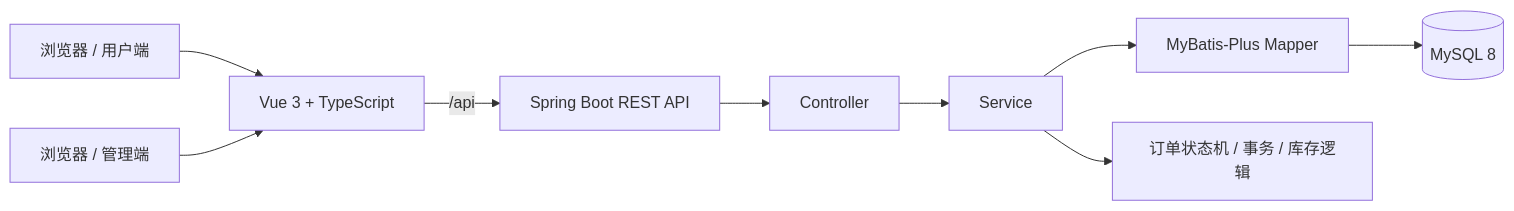
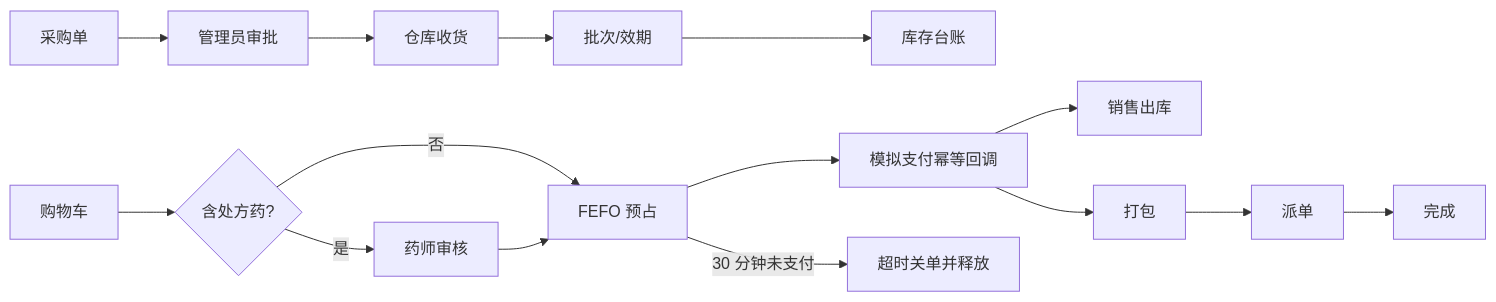
The diagram in README.md (LingXI5499/pharmacy-delivery-system), drawn with Mermaid before and after one commit. The commit also changed other lines of this file and 130 other files, not shown here.

````diff
--- a/README.md
+++ b/README.md
@@ -109,11 +21,11 @@
 ```mermaid
 flowchart LR
-    U[浏览器 / 用户端] --> V[Vue 3 + TypeScript]
-    A[浏览器 / 管理端] --> V
-    V -->|/api| B[Spring Boot REST API]
-    B --> C[Controller]
-    C --> S[Service]
-    S --> M[MyBatis-Plus Mapper]
-    M --> D[(MySQL 8)]
-    S --> O[订单状态机 / 事务 / 库存逻辑]
+  PO[采购单] --> AP[管理员审批] --> RC[仓库收货]
+  RC --> BA[批次/效期] --> LG[库存台账]
+  CART[购物车] --> RX{含处方药?}
+  RX -- 否 --> FEFO[FEFO 预占]
+  RX -- 是 --> REVIEW[药师审核] --> FEFO
+  FEFO --> PAY[模拟支付幂等回调] --> OUT[销售出库]
+  PAY --> PACK[打包] --> DISPATCH[派单] --> DONE[完成]
+  FEFO -->|30 分钟未支付| CLOSE[超时关单并释放]
 ```
````
